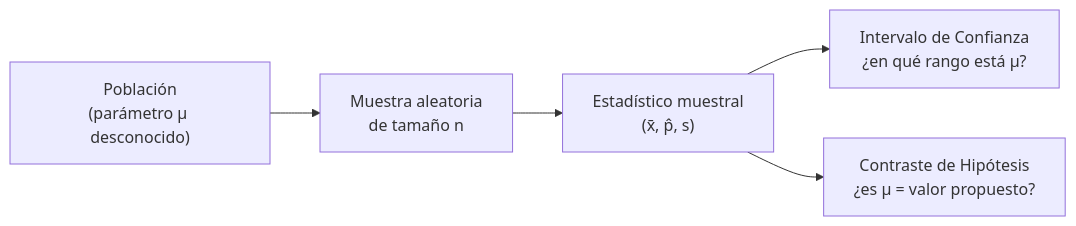
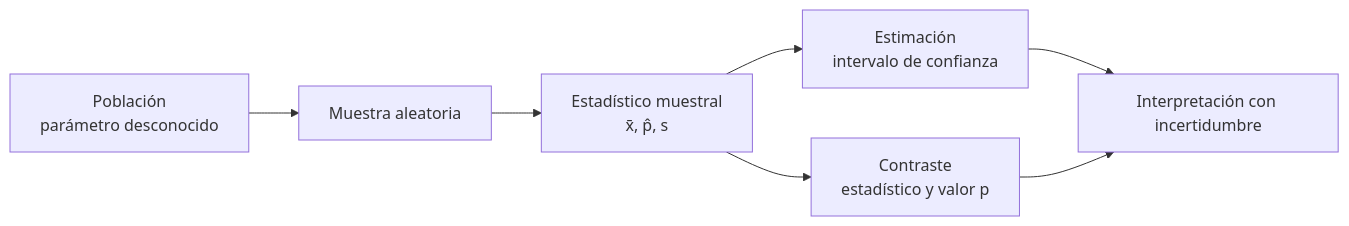
One commit to JulioUQ/Curso-de-Estadistica-Basica changed the diagram in notebooks/04_inferencia/teoria.qmd. Above: the diagram before and after it, drawn with Mermaid. The commit also changed other lines of this file and 3 other files, not shown here.

````diff
--- a/notebooks/04_inferencia/teoria.qmd
+++ b/notebooks/04_inferencia/teoria.qmd
@@ -15,9 +20,11 @@
 ```{mermaid}
 %%| label: fig-proceso-inferencia
 %%| fig-cap: "Del parámetro poblacional desconocido a la conclusión inferencial"
 flowchart LR
-    A["Población<br/>(parámetro μ desconocido)"] --> B["Muestra aleatoria<br/>de tamaño n"]
-    B --> C["Estadístico muestral<br/>(x̄, p̂, s)"]
-    C --> D["Intervalo de Confianza<br/>¿en qué rango está μ?"]
-    C --> E["Contraste de Hipótesis<br/>¿es μ = valor propuesto?"]
+    A["Población<br/>parámetro desconocido"] --> B["Muestra aleatoria"]
+    B --> C["Estadístico muestral<br/>x̄, p̂, s"]
+    C --> D["Estimación<br/>intervalo de confianza"]
+    C --> E["Contraste<br/>estadístico y valor p"]
+    D --> F["Interpretación con incertidumbre"]
+    E --> F
 ```
````
